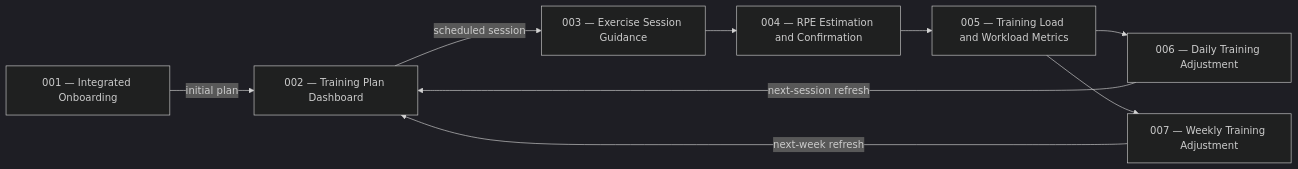
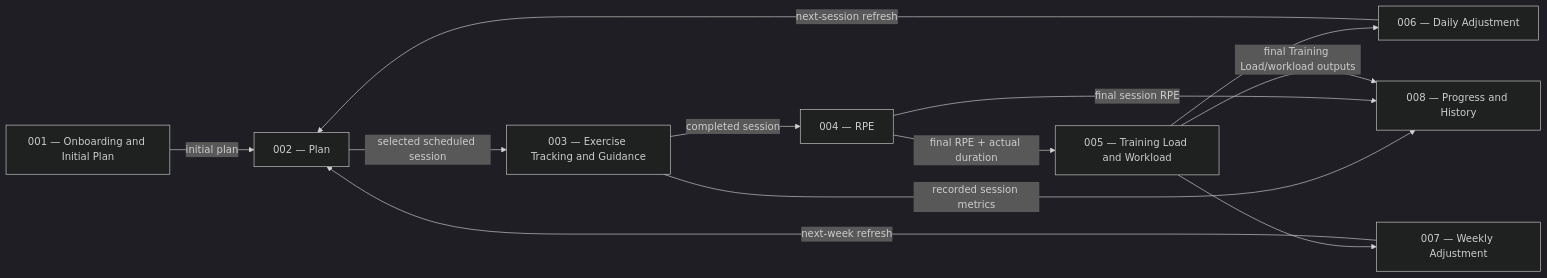
One commit to fathariq-dimas/KURIN_AGENT changed the third of 3 diagrams in docs/Plan/master-plan.md. Above: the diagram before and after it, drawn with Mermaid (dark theme). The commit also changed other lines of this file and 1 other file, not shown here.

Commit message:
docs: map post-onboarding product workflow

````diff
--- a/docs/Plan/master-plan.md
+++ b/docs/Plan/master-plan.md
@@ -32,19 +191,23 @@
 ```mermaid
 flowchart LR
-    F001["001 — Integrated Onboarding"]
-    F002["002 — Training Plan Dashboard"]
-    F003["003 — Exercise Session Guidance"]
-    F004["004 — RPE Estimation and Confirmation"]
-    F005["005 — Training Load and Workload Metrics"]
-    F006["006 — Daily Training Adjustment"]
-    F007["007 — Weekly Training Adjustment"]
+    F001["001 — Onboarding and Initial Plan"]
+    F002["002 — Plan"]
+    F003["003 — Exercise Tracking and Guidance"]
+    F004["004 — RPE"]
+    F005["005 — Training Load and Workload"]
+    F006["006 — Daily Adjustment"]
+    F007["007 — Weekly Adjustment"]
+    F008["008 — Progress and History"]
 
     F001 -->|initial plan| F002
-    F002 -->|scheduled session| F003
-    F003 --> F004
-    F004 --> F005
+    F002 -->|selected scheduled session| F003
+    F003 -->|completed session| F004
+    F004 -->|final RPE + actual duration| F005
     F005 --> F006
     F005 --> F007
     F006 -->|next-session refresh| F002
     F007 -->|next-week refresh| F002
+    F003 -->|recorded session metrics| F008
+    F004 -->|final session RPE| F008
+    F005 -->|final Training Load/workload outputs| F008
 ```
````
